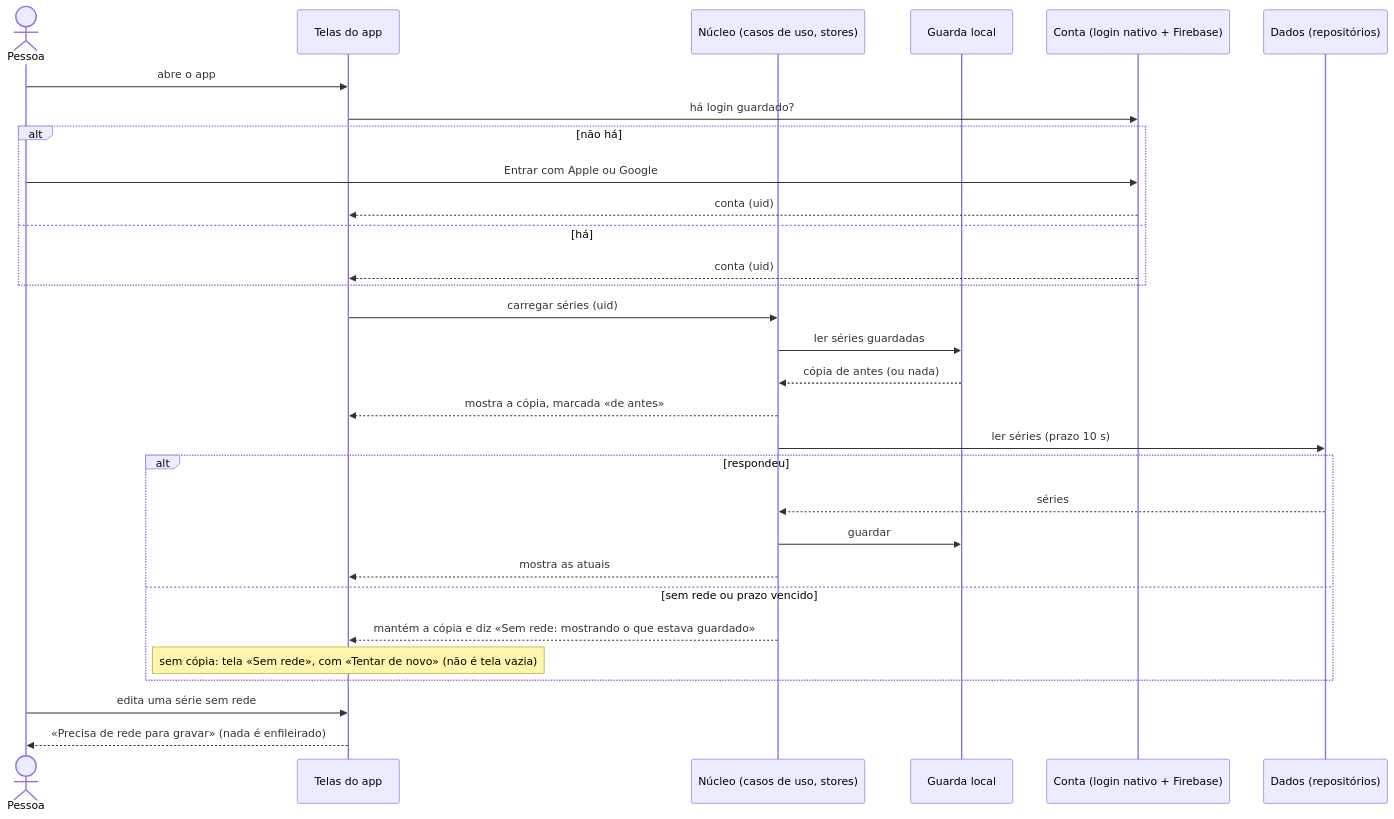
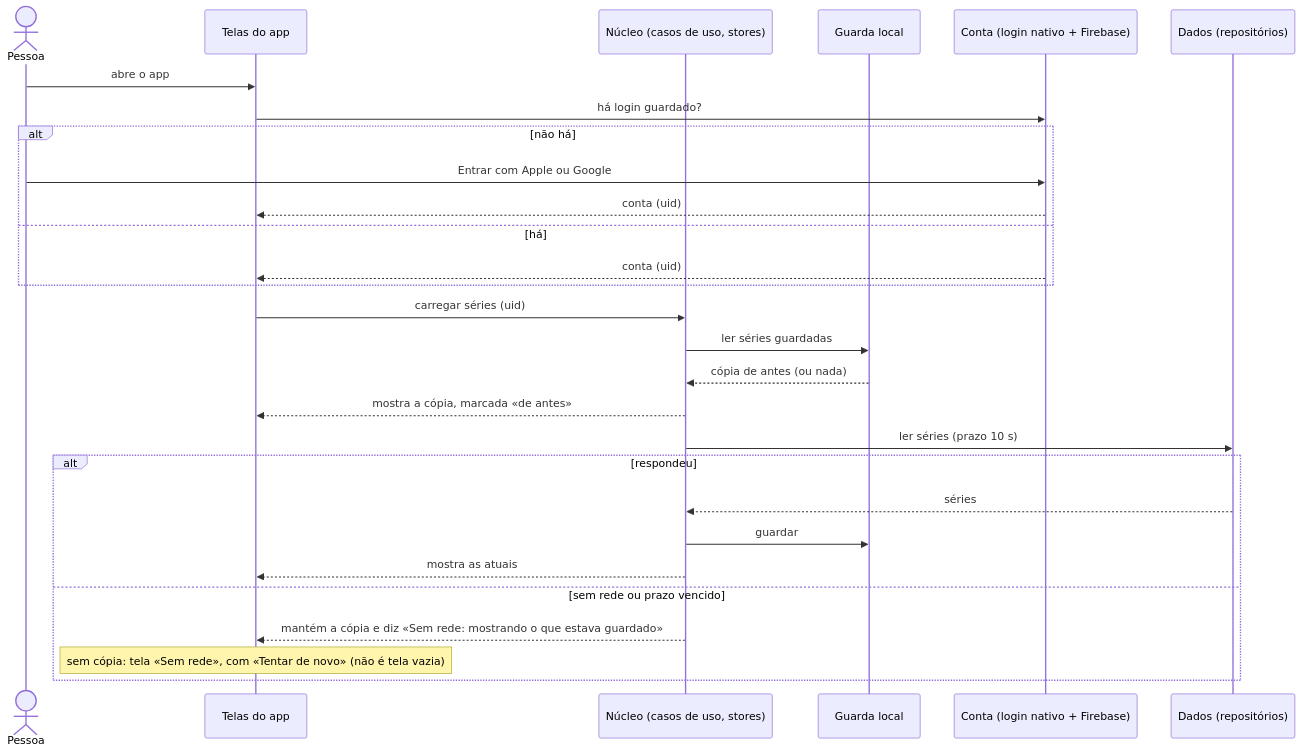
One commit to maujrp99/MJRP_AlbumsBalancedPlaylists_v0 changed the third of 8 diagrams in design/proposals/f78-app-architecture/architecture-proposal.md. Above: the diagram before and after it, drawn with Mermaid. The commit also changed other lines of this file and 3 other files, not shown here.

````diff
--- a/design/proposals/f78-app-architecture/architecture-proposal.md
+++ b/design/proposals/f78-app-architecture/architecture-proposal.md
@@ -254,32 +315,30 @@
 ```mermaid
 sequenceDiagram
   actor P as Pessoa
   participant T as Telas do app
   participant N as Núcleo (casos de uso, stores)
   participant G as Guarda local
   participant C as Conta (login nativo + Firebase)
   participant D as Dados (repositórios)
   P->>T: abre o app
   T->>C: há login guardado?
   alt não há
     P->>C: Entrar com Apple ou Google
     C-->>T: conta (uid)
   else há
     C-->>T: conta (uid)
   end
   T->>N: carregar séries (uid)
   N->>G: ler séries guardadas
   G-->>N: cópia de antes (ou nada)
   N-->>T: mostra a cópia, marcada «de antes»
   N->>D: ler séries (prazo 10 s)
   alt respondeu
     D-->>N: séries
     N->>G: guardar
     N-->>T: mostra as atuais
   else sem rede ou prazo vencido
     N-->>T: mantém a cópia e diz «Sem rede: mostrando o que estava guardado»
     Note over T: sem cópia: tela «Sem rede», com «Tentar de novo» (não é tela vazia)
   end
-  P->>T: edita uma série sem rede
-  T-->>P: «Precisa de rede para gravar» (nada é enfileirado)
 ```
````
